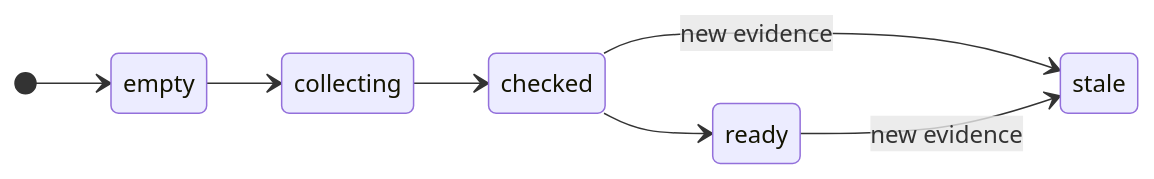
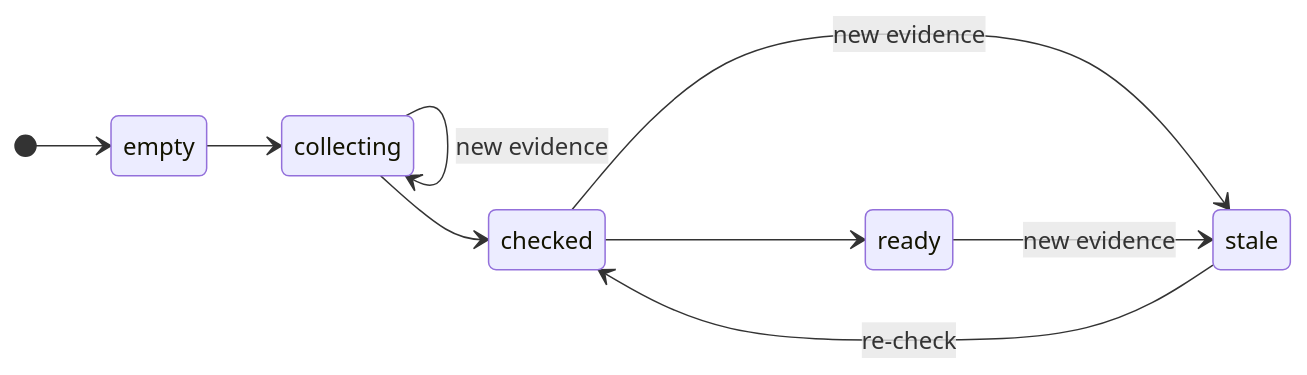
The second of 7 diagrams in docs/architecture.md (thopatevijay/cleared), drawn with Mermaid before and after one commit. The commit also changed 12 other files, not shown here.

````diff
--- a/docs/architecture.md
+++ b/docs/architecture.md
@@ -72,10 +72,12 @@
 ```mermaid
 stateDiagram-v2
   direction LR
   [*] --> empty
   empty --> collecting
+  collecting --> collecting: new evidence
   collecting --> checked
   checked --> ready
   checked --> stale: new evidence
   ready --> stale: new evidence
+  stale --> checked: re-check
 ```
````
